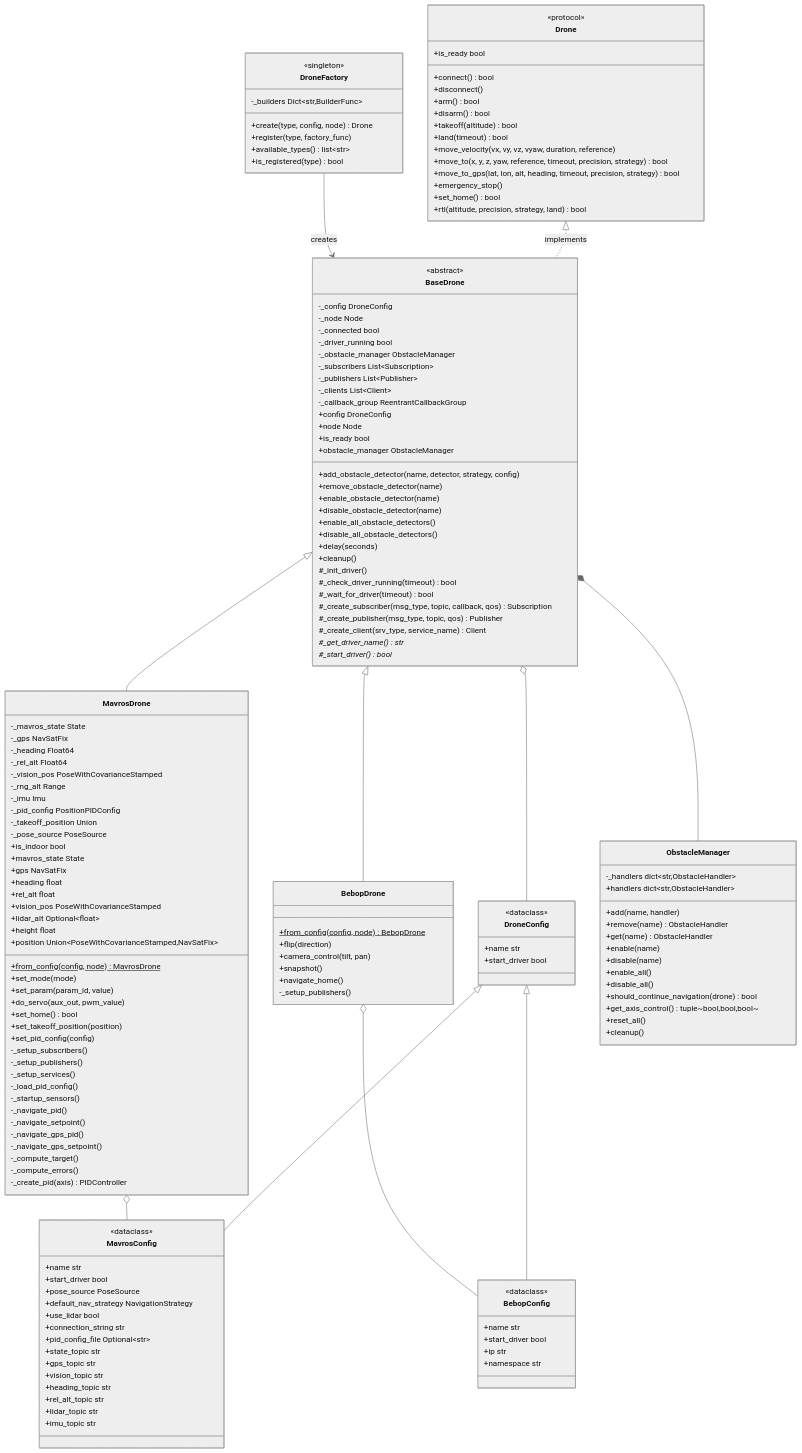
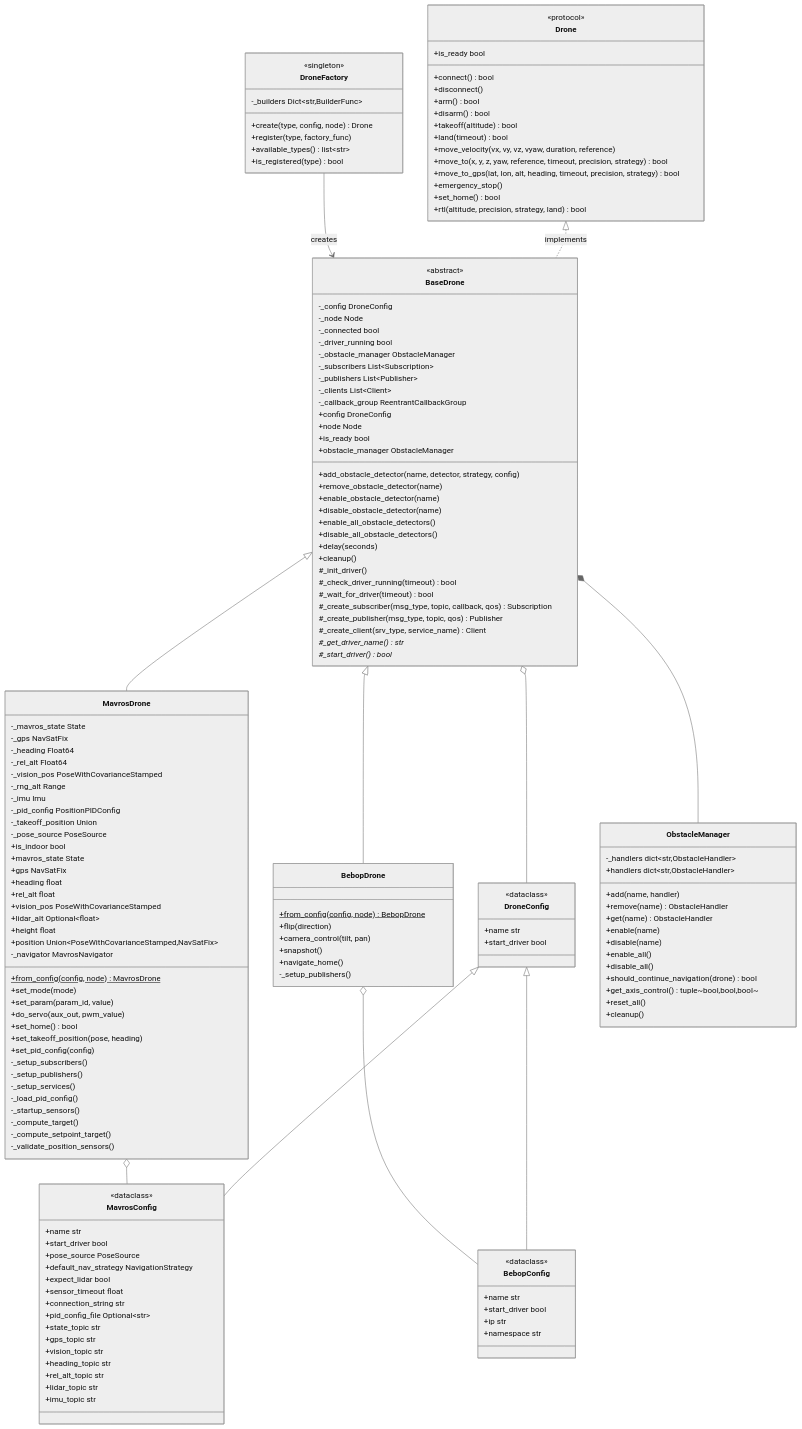
The first of 2 diagrams in mirela_sdk/mirela_sdk/control/README.md (Black-Bee-Drones/nectar-sdk), drawn with Mermaid (neutral theme) before and after one commit. The commit also changed other lines of this file, not shown here.

```diff
--- a/mirela_sdk/mirela_sdk/control/README.md
+++ b/mirela_sdk/mirela_sdk/control/README.md
@@ -99,20 +99,17 @@
         +set_param(param_id, value)
         +do_servo(aux_out, pwm_value)
         +set_home() bool
-        +set_takeoff_position(position)
+        +set_takeoff_position(pose, heading)
         +set_pid_config(config)
+        -_navigator MavrosNavigator
         -_setup_subscribers()
         -_setup_publishers()
         -_setup_services()
         -_load_pid_config()
         -_startup_sensors()
-        -_navigate_pid()
-        -_navigate_setpoint()
-        -_navigate_gps_pid()
-        -_navigate_gps_setpoint()
         -_compute_target()
-        -_compute_errors()
-        -_create_pid(axis) PIDController
+        -_compute_setpoint_target()
+        -_validate_position_sensors()
     }
     
     class BebopDrone {
@@ -136,7 +133,8 @@
         +start_driver bool
         +pose_source PoseSource
         +default_nav_strategy NavigationStrategy
-        +use_lidar bool
+        +expect_lidar bool
+        +sensor_timeout float
         +connection_string str
         +pid_config_file Optional~str~
         +state_topic str
```
